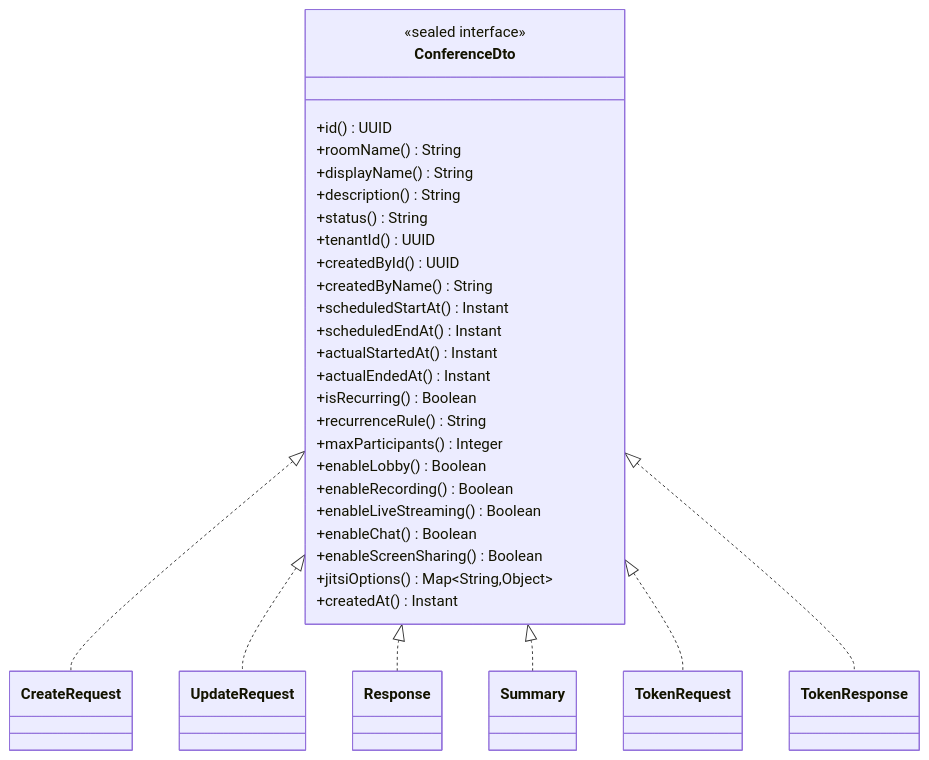
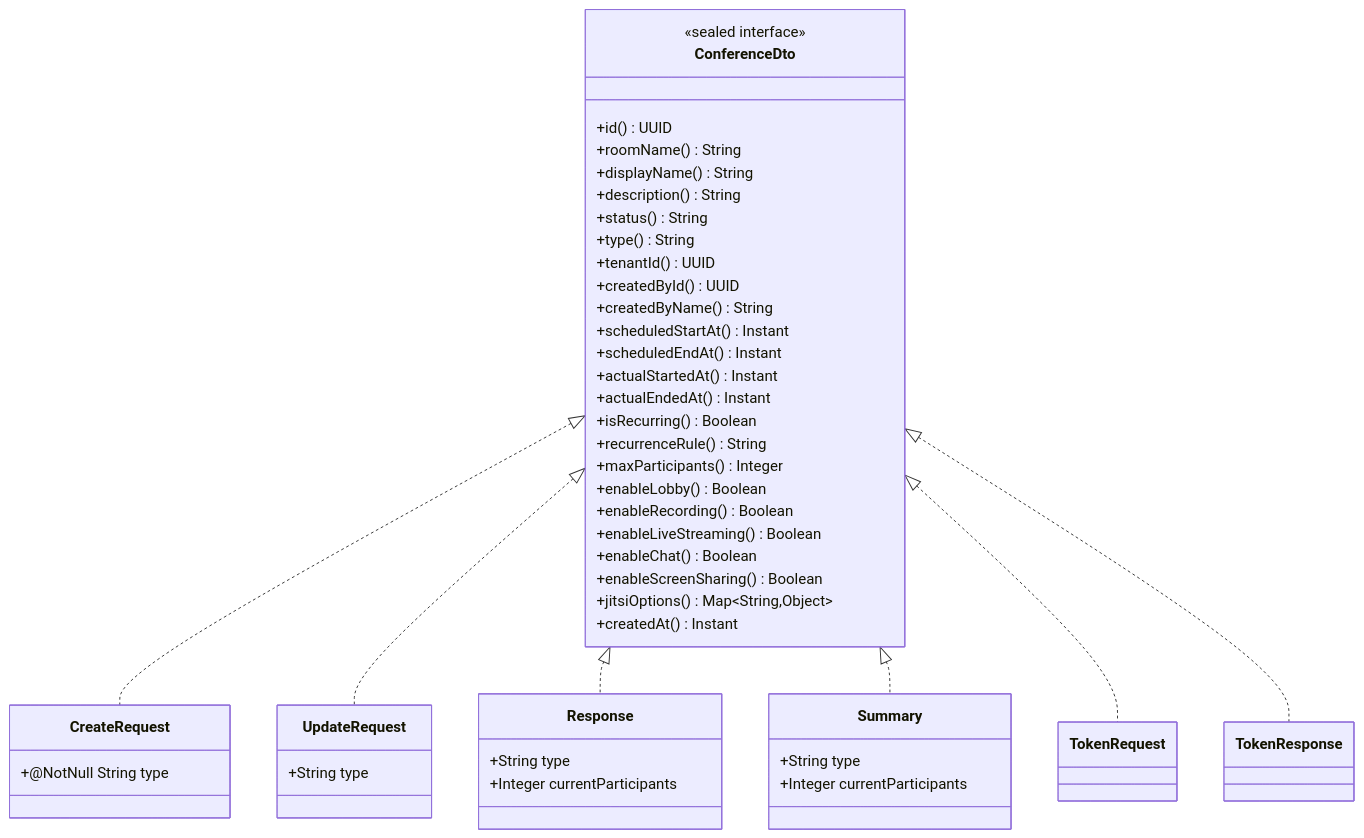
One commit to Vostrikov2014/vks-qoder changed the fourth of 7 diagrams in .qoder/repowiki/en/content/Backend Modules/Application Layer/DTO Patterns and Data Transfer.md. Above: the diagram before and after it, drawn with Mermaid. The commit also changed other lines of this file and 12 other files, not shown here.

````diff
--- a/.qoder/repowiki/en/content/Backend Modules/Application Layer/DTO Patterns and Data Transfer.md
+++ b/.qoder/repowiki/en/content/Backend Modules/Application Layer/DTO Patterns and Data Transfer.md
@@ -204,40 +228,51 @@
 ```mermaid
 classDiagram
 class ConferenceDto {
 <<sealed interface>>
 +id() UUID
 +roomName() String
 +displayName() String
 +description() String
 +status() String
++type() String
 +tenantId() UUID
 +createdById() UUID
 +createdByName() String
 +scheduledStartAt() Instant
 +scheduledEndAt() Instant
 +actualStartedAt() Instant
 +actualEndedAt() Instant
 +isRecurring() Boolean
 +recurrenceRule() String
 +maxParticipants() Integer
 +enableLobby() Boolean
 +enableRecording() Boolean
 +enableLiveStreaming() Boolean
 +enableChat() Boolean
 +enableScreenSharing() Boolean
 +jitsiOptions() Map~String,Object~
 +createdAt() Instant
 }
-class CreateRequest
-class UpdateRequest
-class Response
-class Summary
+class CreateRequest {
++@NotNull String type
+}
+class UpdateRequest {
++String type
+}
+class Response {
++String type
++Integer currentParticipants
+}
+class Summary {
++String type
++Integer currentParticipants
+}
 class TokenRequest
 class TokenResponse
 ConferenceDto <|.. CreateRequest
 ConferenceDto <|.. UpdateRequest
 ConferenceDto <|.. Response
 ConferenceDto <|.. Summary
 ConferenceDto <|.. TokenRequest
 ConferenceDto <|.. TokenResponse
 ```
````
